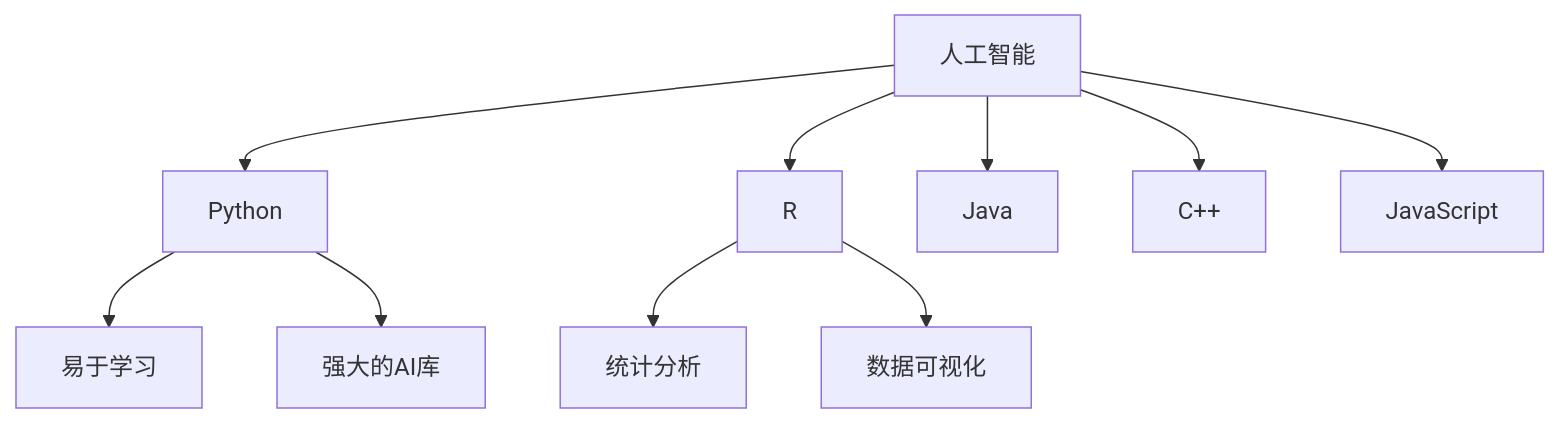
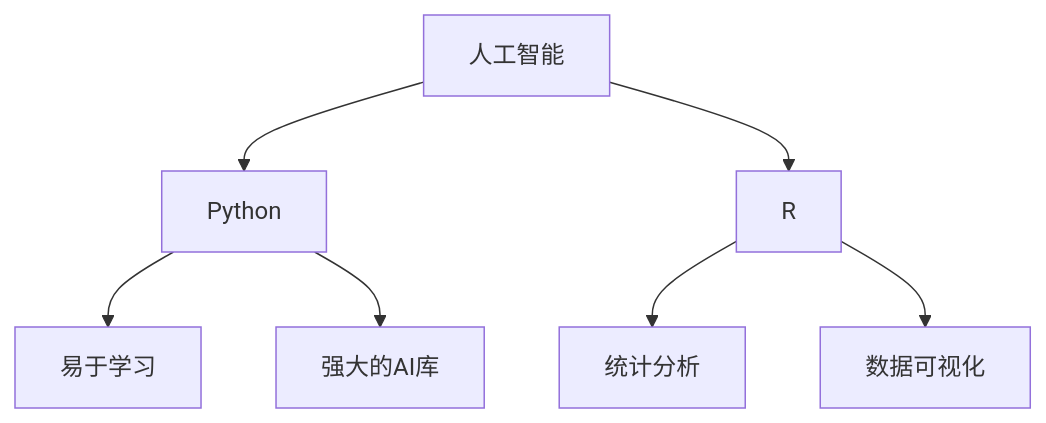
The diagram in all/未命名-5.md (Theo20221119/iodraw-files), drawn with Mermaid before and after one commit.

Commit message:
2024-12-04 20:40:05 update

````diff
--- a/all/未命名-5.md
+++ b/all/未命名-5.md
@@ -1,19 +1,14 @@
 ```mermaid
 graph TD
     A[人工智能]
     B[Python]
     C[R]
-    D[Java]
-    E[C++]
-    F[JavaScript]
     A --> B
     A --> C
-    A --> D
-    A --> E
-    A --> F
+    
     B --> G[易于学习]
     B --> H[强大的AI库]
     C --> I[统计分析]
     C --> J[数据可视化]
             
 ```
````
